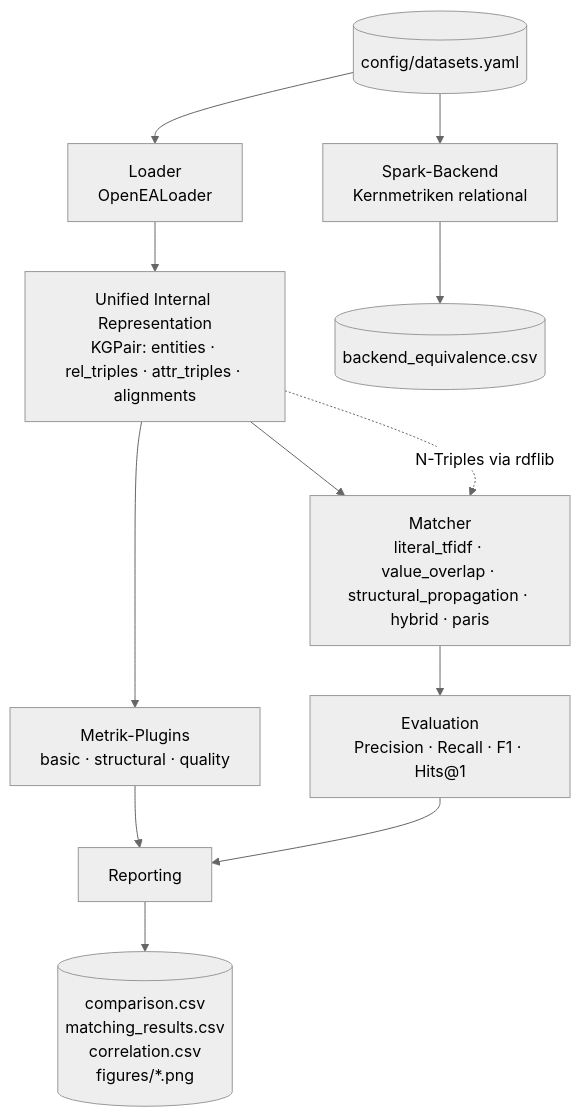
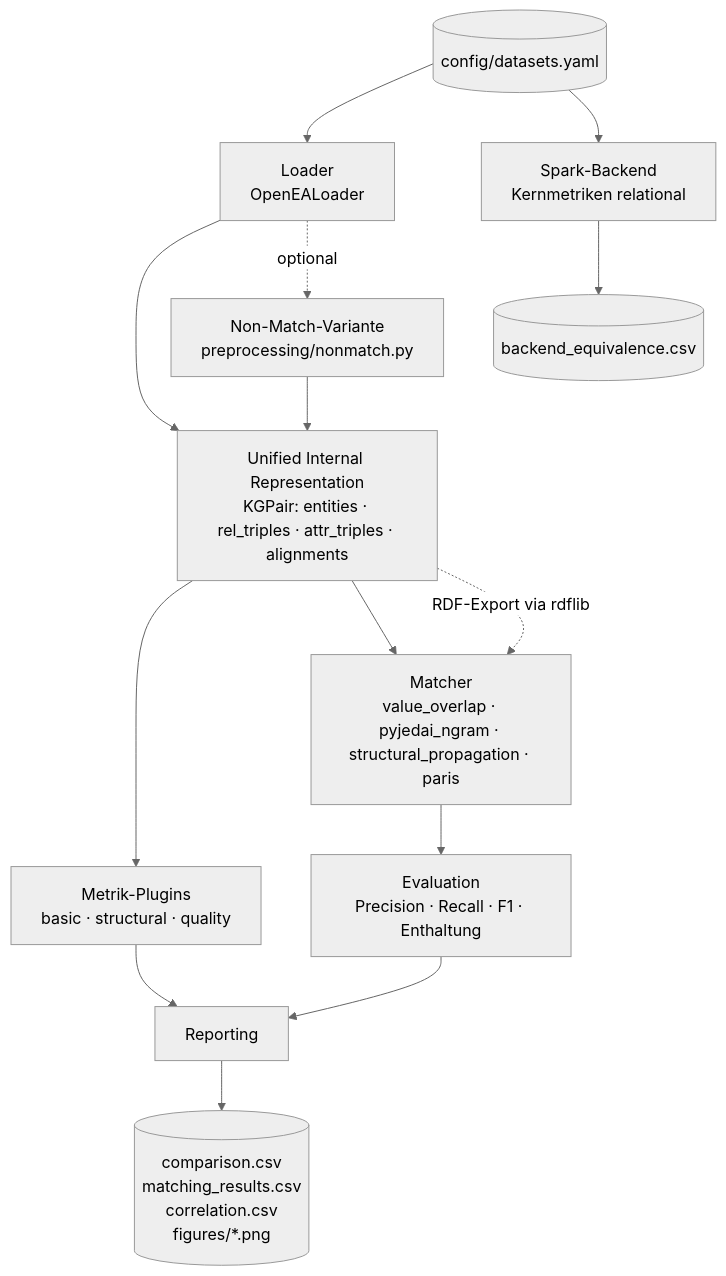
The diagram in docs/Architektur.md (aischesp/Evaluation-of-Data-Integration-Benchmark-Datasets-for-Knowledge-Graphs), drawn with Mermaid (neutral theme) before and after one commit. The commit also changed other lines of this file and 71 other files, not shown here.

````diff
--- a/docs/Architektur.md
+++ b/docs/Architektur.md
@@ -18,14 +18,16 @@
 ```mermaid
 flowchart TB
     A[(config/datasets.yaml)] --> B[Loader<br/>OpenEALoader]
     B --> C[Unified Internal Representation<br/>KGPair: entities · rel_triples · attr_triples · alignments]
     C --> D[Metrik-Plugins<br/>basic · structural · quality]
-    C --> E[Matcher<br/>literal_tfidf · value_overlap · structural_propagation · hybrid · paris]
-    E --> F[Evaluation<br/>Precision · Recall · F1 · Hits@1]
+    C --> E[Matcher<br/>value_overlap · pyjedai_ngram · structural_propagation · paris]
+    E --> F[Evaluation<br/>Precision · Recall · F1 · Enthaltung]
     D --> G[Reporting]
     F --> G
     G --> H[(comparison.csv<br/>matching_results.csv<br/>correlation.csv<br/>figures/*.png)]
-    C -.N-Triples via rdflib.-> E
+    C -.RDF-Export via rdflib.-> E
+    B -.optional.-> N[Non-Match-Variante<br/>preprocessing/nonmatch.py]
+    N --> C
     A --> I[Spark-Backend<br/>Kernmetriken relational]
     I --> J[(backend_equivalence.csv)]
 ```
````
